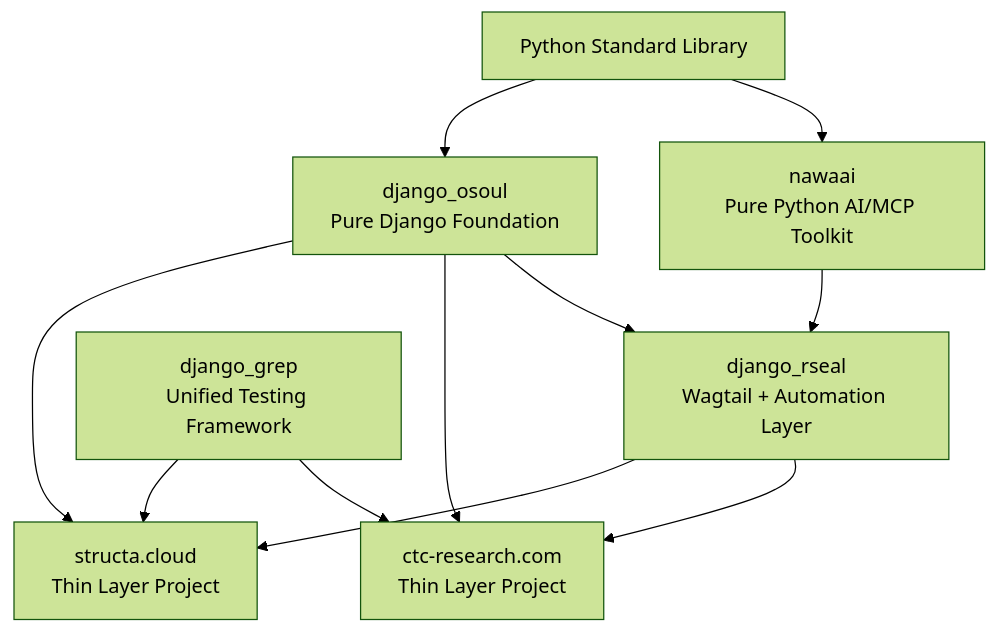
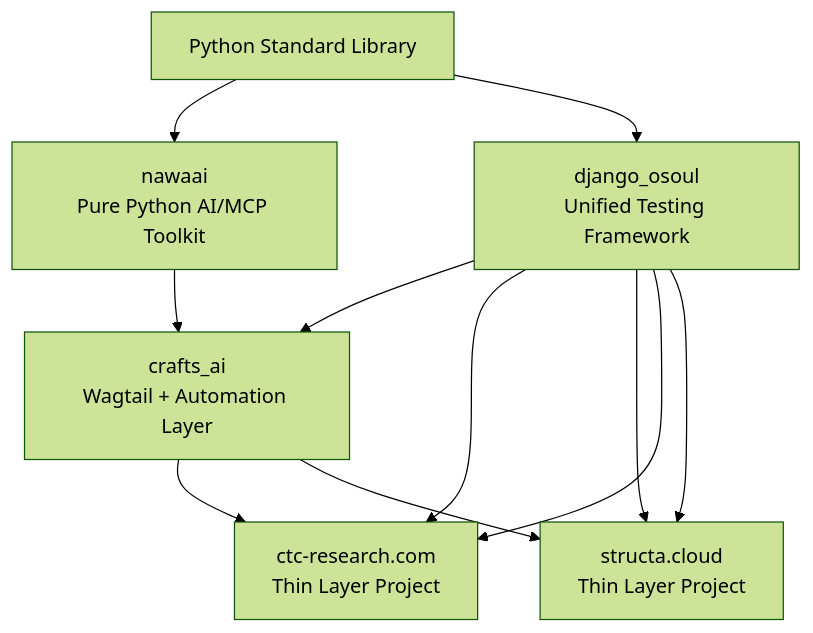
The diagram in docs/ecosystem/architecture/architecture.md (mammhoud/django-fusion), drawn with Mermaid (forest theme) before and after one commit. The commit also changed other lines of this file and 1481 other files, not shown here.

````diff
--- a/docs/ecosystem/architecture/architecture.md
+++ b/docs/ecosystem/architecture/architecture.md
@@ -5,21 +5,21 @@
 ```mermaid
 graph TD
     stdlib[Python Standard Library]
     nawaai[nawaai\nPure Python AI/MCP Toolkit]
     django_osoul[django_osoul\nPure Django Foundation]
-    django_rseal[django_rseal\nWagtail + Automation Layer]
-    django_grep[django_grep\nUnified Testing Framework]
+    crafts_ai[crafts_ai\nWagtail + Automation Layer]
+    django_osoul[django_osoul\nUnified Testing Framework]
     ctc[ctc-research.com\nThin Layer Project]
     structa[structa.cloud\nThin Layer Project]
 
     stdlib --> nawaai
     stdlib --> django_osoul
-    nawaai --> django_rseal
-    django_osoul --> django_rseal
+    nawaai --> crafts_ai
+    django_osoul --> crafts_ai
     django_osoul --> ctc
     django_osoul --> structa
-    django_rseal --> ctc
-    django_rseal --> structa
-    django_grep --> ctc
-    django_grep --> structa
+    crafts_ai --> ctc
+    crafts_ai --> structa
+    django_osoul --> ctc
+    django_osoul --> structa
 ```
````
